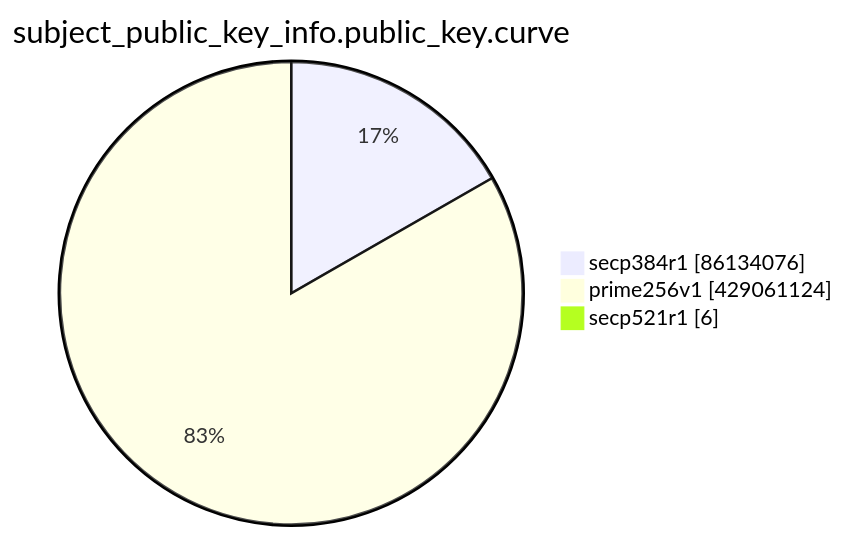
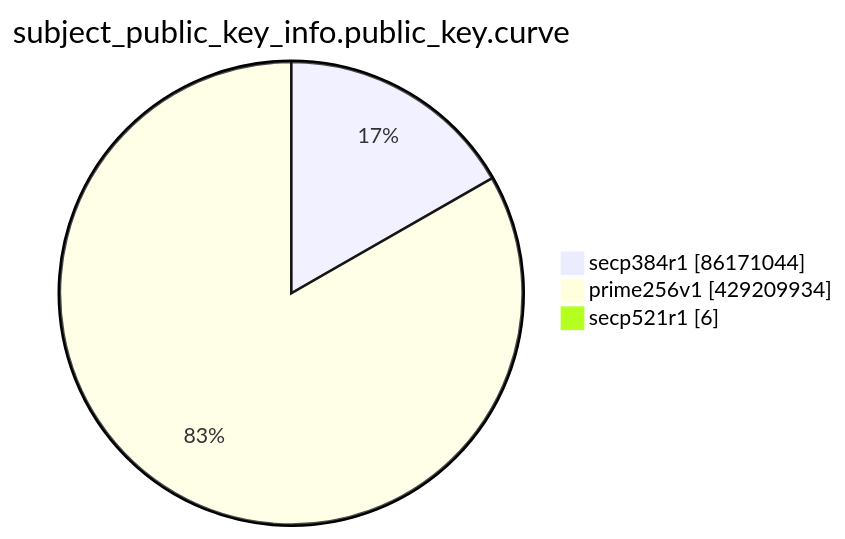
The eighth of 15 diagrams in TOTAL/README.md (christiankrug/ctmonitor_visualization), drawn with Mermaid before and after one commit. The commit also changed other lines of this file, not shown here.

````diff
--- a/TOTAL/README.md
+++ b/TOTAL/README.md
@@ -3100,7 +3100,7 @@
 ```mermaid
 pie showData
 title subject_public_key_info.public_key.curve
-"secp384r1" :86134076
-"prime256v1" :429061124
+"secp384r1" :86171044
+"prime256v1" :429209934
 "secp521r1" :6
 ```
````
